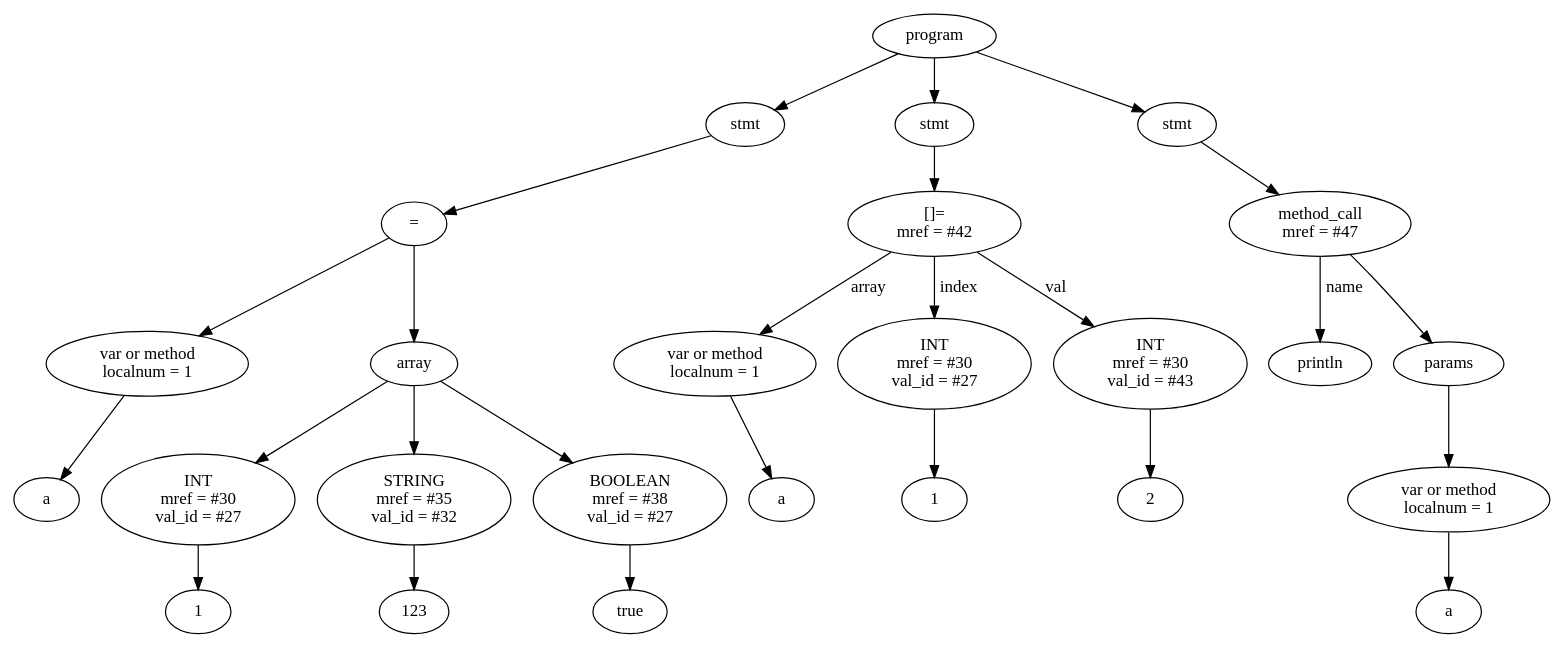
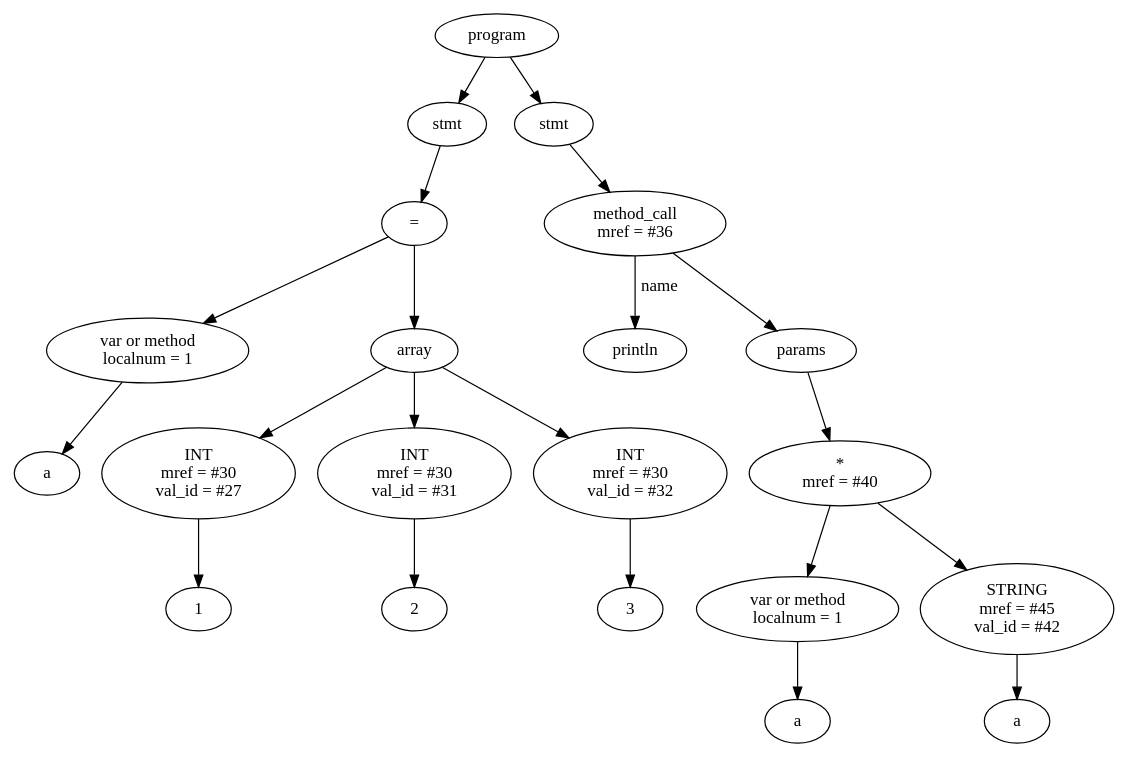
The diagram in RubyCompiler/tree.dot (vitek999/ruby_compiler), drawn with Graphviz before and after one commit. The commit also changed 5 other files, not shown here.

```diff
--- a/RubyCompiler/tree.dot
+++ b/RubyCompiler/tree.dot
@@ -1,53 +1,43 @@
 digraph G {
-Id014250E0 [label="program"]
-Id01424488 [label="stmt"]
-Id01424418 [label="="]
-Id014241E8 [label="var or method\n localnum = 1"]
-IdVal014241E8 [label="a"]
-Id014241E8->IdVal014241E8
-Id014243A8 [label = "array"]
-Id01424258 [label="INT\n mref = #30\n val_id = #27"]
-IdVal01424258 [label="1"]
-Id01424258->IdVal01424258
-Id014243A8->Id01424258
-Id014242C8 [label="STRING\n mref = #35\n val_id = #32"]
-IdVal014242C8 [label="123"]
-Id014242C8->IdVal014242C8
-Id014243A8->Id014242C8
-Id01424338 [label="BOOLEAN\n mref = #38\n val_id = #27"]
-IdVal01424338 [label="true"]
-Id01424338->IdVal01424338
-Id014243A8->Id01424338
-Id01424418->Id014241E8
-Id01424418->Id014243A8
-Id01424488->Id01424418
-Id014250E0->Id01424488
-Id01424DB0 [label="stmt"]
-Id014246D8 [label="[]=\nmref = #42"]
-Id01424518 [label="var or method\n localnum = 1"]
-IdVal01424518 [label="a"]
-Id01424518->IdVal01424518
-Id014246D8->Id01424518 [label = "array"]
-Id01424588 [label="INT\n mref = #30\n val_id = #27"]
-IdVal01424588 [label="1"]
-Id01424588->IdVal01424588
-Id014246D8->Id01424588 [label = "index"]
-Id01424668 [label="INT\n mref = #30\n val_id = #43"]
-IdVal01424668 [label="2"]
-Id01424668->IdVal01424668
-Id014246D8->Id01424668 [label = "val"]
-Id01424DB0->Id014246D8
-Id014250E0->Id01424DB0
-Id01424AE0 [label="stmt"]
-Id01425030 [label="method_call\n mref = #47"]
-IdMethodNameVal01425030 [label="println"]
-Id01425030->IdMethodNameVal01425030 [label="name"]
-Id0141EBF8 [label="params"]
-Id01425030->Id0141EBF8
-Id01424FC0 [label="var or method\n localnum = 1"]
-IdVal01424FC0 [label="a"]
-Id01424FC0->IdVal01424FC0
-Id0141EBF8->Id01424FC0
-Id01424AE0->Id01425030
-Id014250E0->Id01424AE0
+Id01356770 [label="program"]
+Id01355CB8 [label="stmt"]
+Id0134F0F8 [label="="]
+Id0134EA38 [label="var or method\n localnum = 1"]
+IdVal0134EA38 [label="a"]
+Id0134EA38->IdVal0134EA38
+Id0134F088 [label = "array"]
+Id0134EF38 [label="INT\n mref = #30\n val_id = #27"]
+IdVal0134EF38 [label="1"]
+Id0134EF38->IdVal0134EF38
+Id0134F088->Id0134EF38
+Id0134EFA8 [label="INT\n mref = #30\n val_id = #31"]
+IdVal0134EFA8 [label="2"]
+Id0134EFA8->IdVal0134EFA8
+Id0134F088->Id0134EFA8
+Id0134F018 [label="INT\n mref = #30\n val_id = #32"]
+IdVal0134F018 [label="3"]
+Id0134F018->IdVal0134F018
+Id0134F088->Id0134F018
+Id0134F0F8->Id0134EA38
+Id0134F0F8->Id0134F088
+Id01355CB8->Id0134F0F8
+Id01356770->Id01355CB8
+Id01355F50 [label="stmt"]
+Id01355EB8 [label="method_call\n mref = #36"]
+IdMethodNameVal01355EB8 [label="println"]
+Id01355EB8->IdMethodNameVal01355EB8 [label="name"]
+Id01350658 [label="params"]
+Id01355EB8->Id01350658
+Id01355E48 [label="*\n mref = #40"]
+Id01355D38 [label="var or method\n localnum = 1"]
+IdVal01355D38 [label="a"]
+Id01355D38->IdVal01355D38
+Id01355DD8 [label="STRING\n mref = #45\n val_id = #42"]
+IdVal01355DD8 [label="a"]
+Id01355DD8->IdVal01355DD8
+Id01355E48->Id01355D38
+Id01355E48->Id01355DD8
+Id01350658->Id01355E48
+Id01355F50->Id01355EB8
+Id01356770->Id01355F50
 }
```
